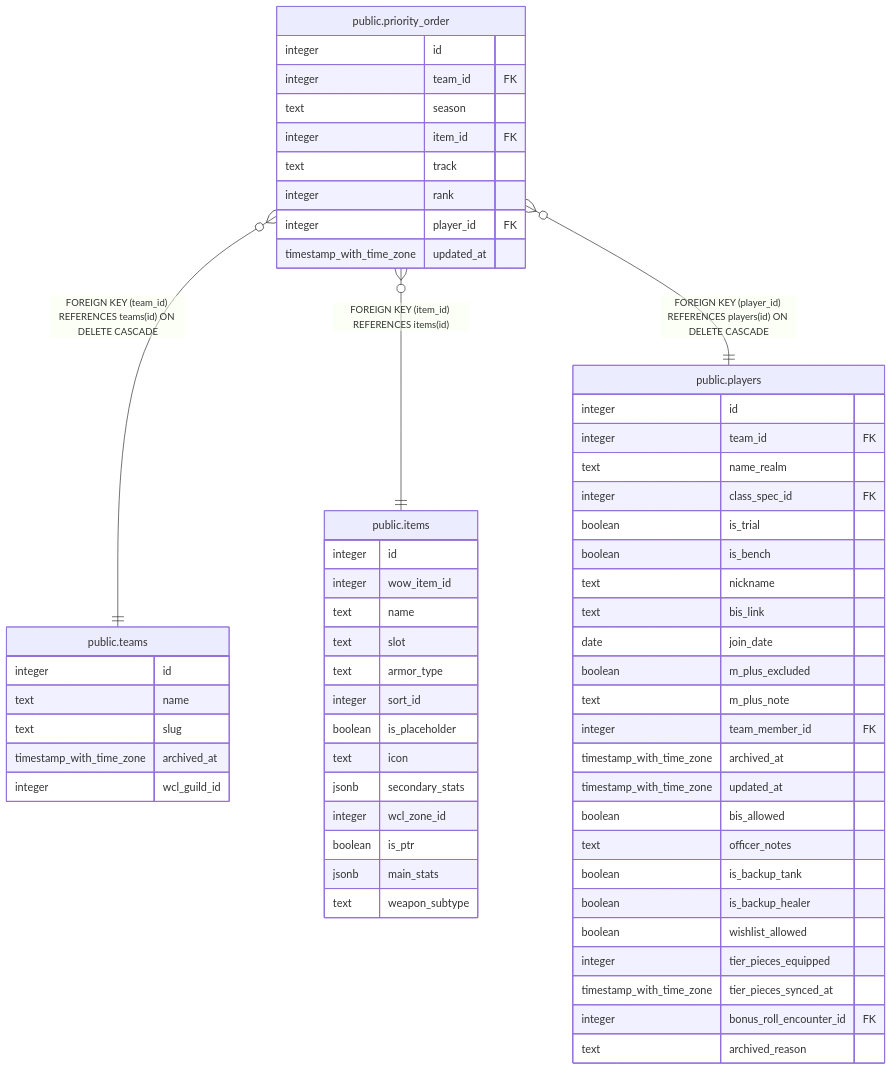
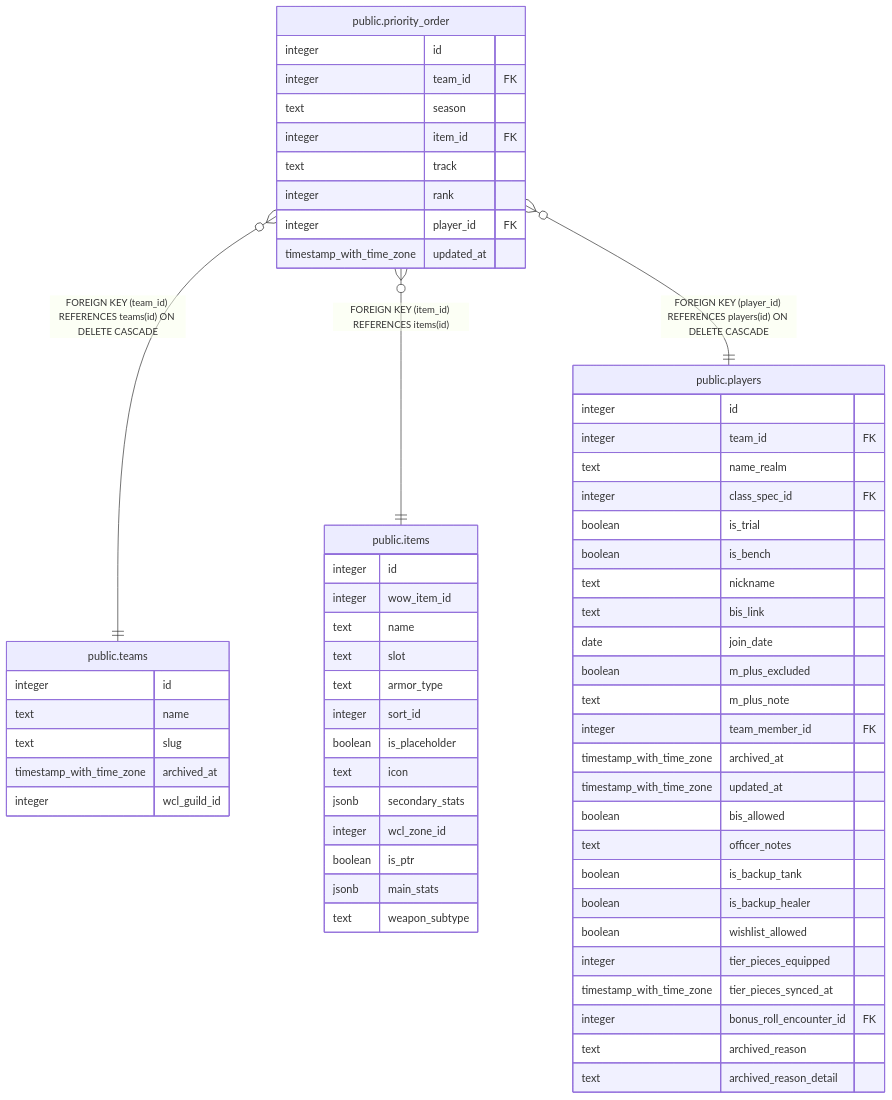
The diagram in dbdoc/public.priority_order.md (katogaming88/Phoenix-Roster), drawn with Mermaid before and after one commit. The commit also changed 35 other files, not shown here.

First line of the commit message:
feat: require a detail alongside the roster removal exit reason (#818)

````diff
--- a/dbdoc/public.priority_order.md
+++ b/dbdoc/public.priority_order.md
@@ -45,65 +45,66 @@
 ```mermaid
 erDiagram
 
 "public.priority_order" }o--|| "public.teams" : "FOREIGN KEY (team_id) REFERENCES teams(id) ON DELETE CASCADE"
 "public.priority_order" }o--|| "public.items" : "FOREIGN KEY (item_id) REFERENCES items(id)"
 "public.priority_order" }o--|| "public.players" : "FOREIGN KEY (player_id) REFERENCES players(id) ON DELETE CASCADE"
 
 "public.priority_order" {
   integer id
   integer team_id FK
   text season
   integer item_id FK
   text track
   integer rank
   integer player_id FK
   timestamp_with_time_zone updated_at
 }
 "public.teams" {
   integer id
   text name
   text slug
   timestamp_with_time_zone archived_at
   integer wcl_guild_id
 }
 "public.items" {
   integer id
   integer wow_item_id
   text name
   text slot
   text armor_type
   integer sort_id
   boolean is_placeholder
   text icon
   jsonb secondary_stats
   integer wcl_zone_id
   boolean is_ptr
   jsonb main_stats
   text weapon_subtype
 }
 "public.players" {
   integer id
   integer team_id FK
   text name_realm
   integer class_spec_id FK
   boolean is_trial
   boolean is_bench
   text nickname
   text bis_link
   date join_date
   boolean m_plus_excluded
   text m_plus_note
   integer team_member_id FK
   timestamp_with_time_zone archived_at
   timestamp_with_time_zone updated_at
   boolean bis_allowed
   text officer_notes
   boolean is_backup_tank
   boolean is_backup_healer
   boolean wishlist_allowed
   integer tier_pieces_equipped
   timestamp_with_time_zone tier_pieces_synced_at
   integer bonus_roll_encounter_id FK
   text archived_reason
+  text archived_reason_detail
 }
 ```
````
